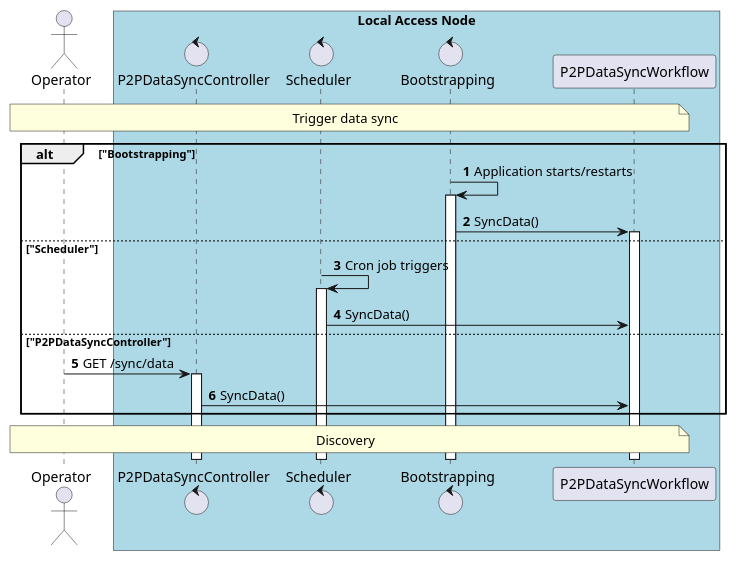
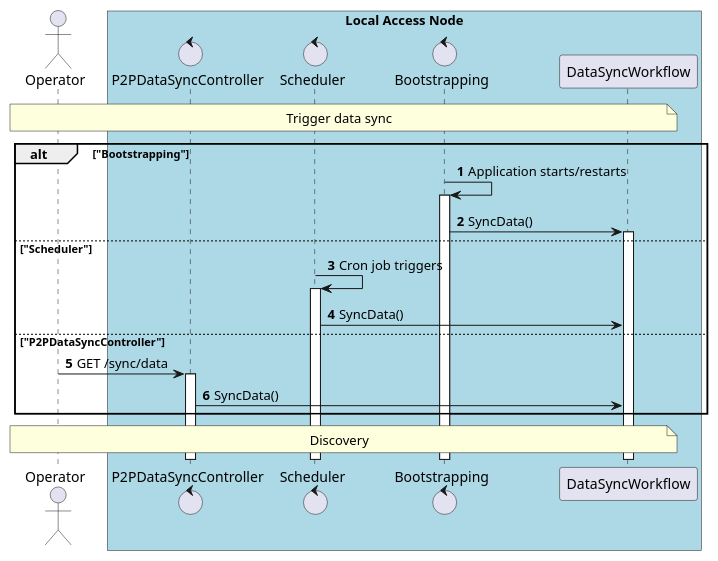
One commit to in2workspace/in2-guides changed the diagram in desmos-tech-doc/diagrams/use-case-data-synchronization-1-triggering.puml. Above: the diagram before and after it, drawn with PlantUML. The commit also changed 4 other files, not shown here.

Commit message:
fix(data-syncronization): change p2p data sync workflow to p2p data sync job

```diff
--- a/desmos-tech-doc/diagrams/use-case-data-synchronization-1-triggering.puml
+++ b/desmos-tech-doc/diagrams/use-case-data-synchronization-1-triggering.puml
@@ -1,39 +1,39 @@
 @startuml
 'https://plantuml.com/sequence-diagram
 
 autonumber
 skinparam BoxPadding 10
 
 ' -------------------- Headers -------------------- '
 
 actor "Operator" as operator
 
 box "Local Access Node" #LightBlue
     control "P2PDataSyncController" as p2p_data_sync_controller_workflow
     control "Scheduler" as scheduler
     control "Bootstrapping" as bootstrapping
-    participant "P2PDataSyncWorkflow" as p2p_data_sync_workflow
+    participant "DataSyncWorkflow" as data_sync_workflow
 end box
 
 ' -------------------- Diagram -------------------- '
 
-note over operator, p2p_data_sync_workflow
+note over operator, data_sync_workflow
     Trigger data sync
 end note
 
 alt "Bootstrapping"
     bootstrapping -> bootstrapping++: Application starts/restarts
-    bootstrapping -> p2p_data_sync_workflow++: SyncData()
+    bootstrapping -> data_sync_workflow++: SyncData()
 else "Scheduler"
     scheduler -> scheduler++: Cron job triggers
-    scheduler -> p2p_data_sync_workflow: SyncData()
+    scheduler -> data_sync_workflow: SyncData()
 else "P2PDataSyncController"
     operator -> p2p_data_sync_controller_workflow++: GET /sync/data
-    p2p_data_sync_controller_workflow -> p2p_data_sync_workflow: SyncData()
+    p2p_data_sync_controller_workflow -> data_sync_workflow: SyncData()
 end
 
-note over operator, p2p_data_sync_workflow
+note over operator, data_sync_workflow
     Discovery
 end note
 
 @enduml
```
